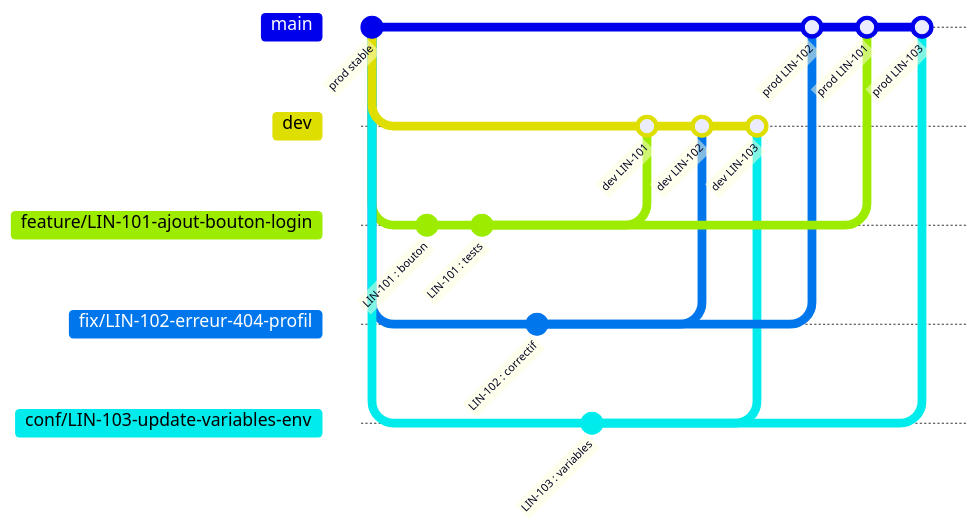
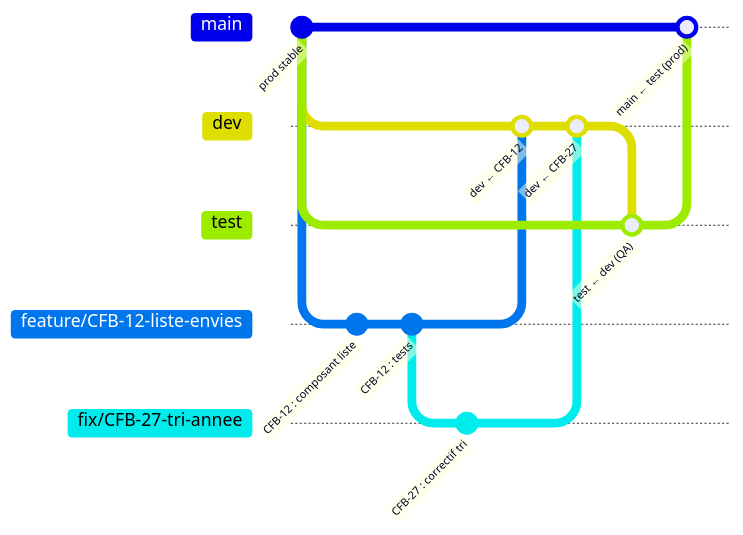
One commit to Thomas-Zabalo/CoordinationFB changed the diagram in CONTRIBUTING.md. Above: the diagram before and after it, drawn with Mermaid. The commit also changed other lines of this file and 1 other file, not shown here.

First line of the commit message:
Chore/cfb ci branch flow (#69) (#70) (#72)

````diff
--- a/CONTRIBUTING.md
+++ b/CONTRIBUTING.md
@@ -265,23 +255,19 @@
 ```mermaid
 gitGraph
    commit id: "prod stable"
    branch dev
+   branch test
+   checkout dev
+   branch "feature/CFB-12-liste-envies"
+   commit id: "CFB-12 : composant liste"
+   commit id: "CFB-12 : tests"
+   branch "fix/CFB-27-tri-annee"
+   commit id: "CFB-27 : correctif tri"
+   checkout dev
+   merge "feature/CFB-12-liste-envies" id: "dev ← CFB-12"
+   merge "fix/CFB-27-tri-annee" id: "dev ← CFB-27"
+   checkout test
+   merge dev id: "test ← dev (QA)"
    checkout main
-   branch "feature/LIN-101-ajout-bouton-login"
-   commit id: "LIN-101 : bouton"
-   commit id: "LIN-101 : tests"
-   checkout main
-   branch "fix/LIN-102-erreur-404-profil"
-   commit id: "LIN-102 : correctif"
-   checkout main
-   branch "conf/LIN-103-update-variables-env"
-   commit id: "LIN-103 : variables"
-   checkout dev
-   merge "feature/LIN-101-ajout-bouton-login" id: "dev LIN-101"
-   merge "fix/LIN-102-erreur-404-profil" id: "dev LIN-102"
-   merge "conf/LIN-103-update-variables-env" id: "dev LIN-103"
-   checkout main
-   merge "fix/LIN-102-erreur-404-profil" id: "prod LIN-102"
-   merge "feature/LIN-101-ajout-bouton-login" id: "prod LIN-101"
-   merge "conf/LIN-103-update-variables-env" id: "prod LIN-103"
+   merge test id: "main ← test (prod)"
 ```
````
